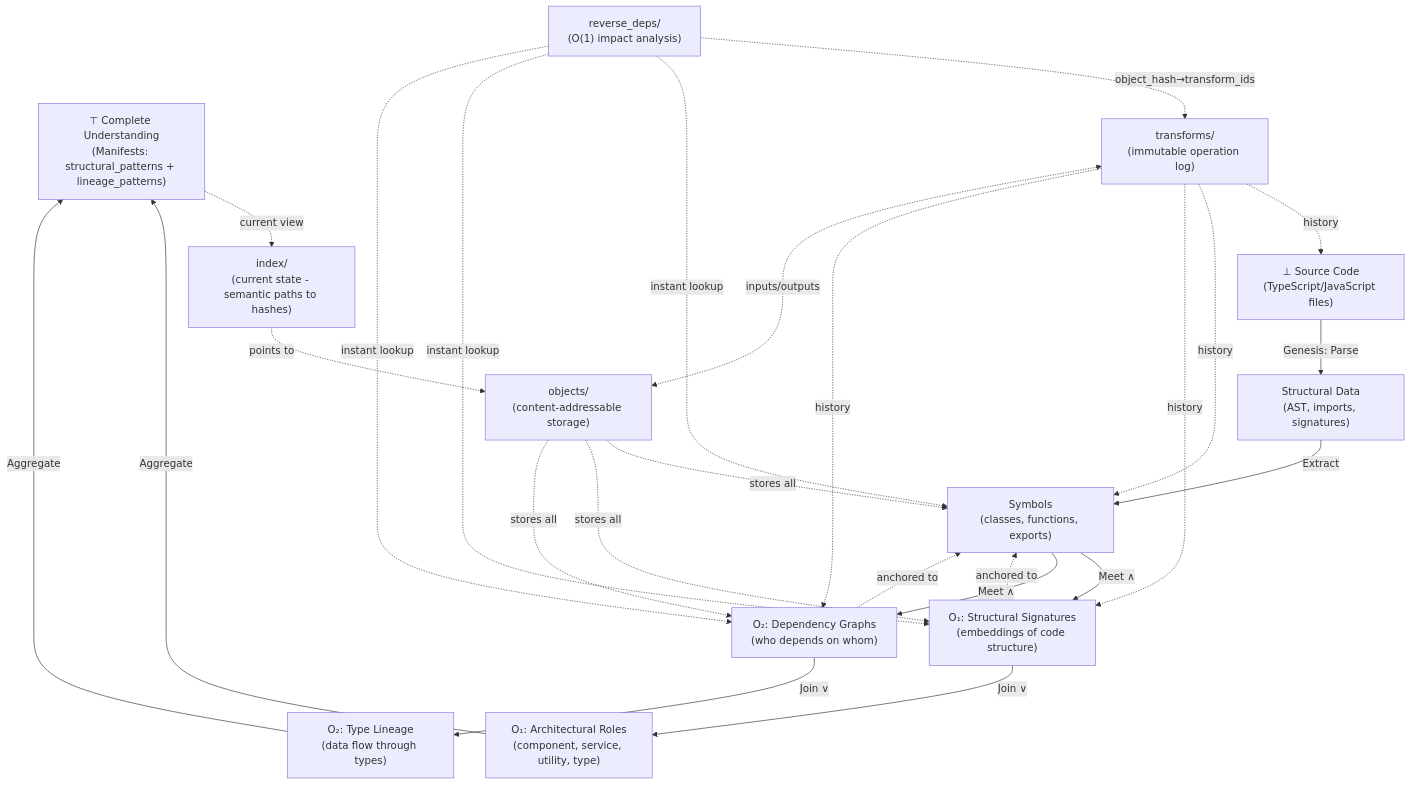
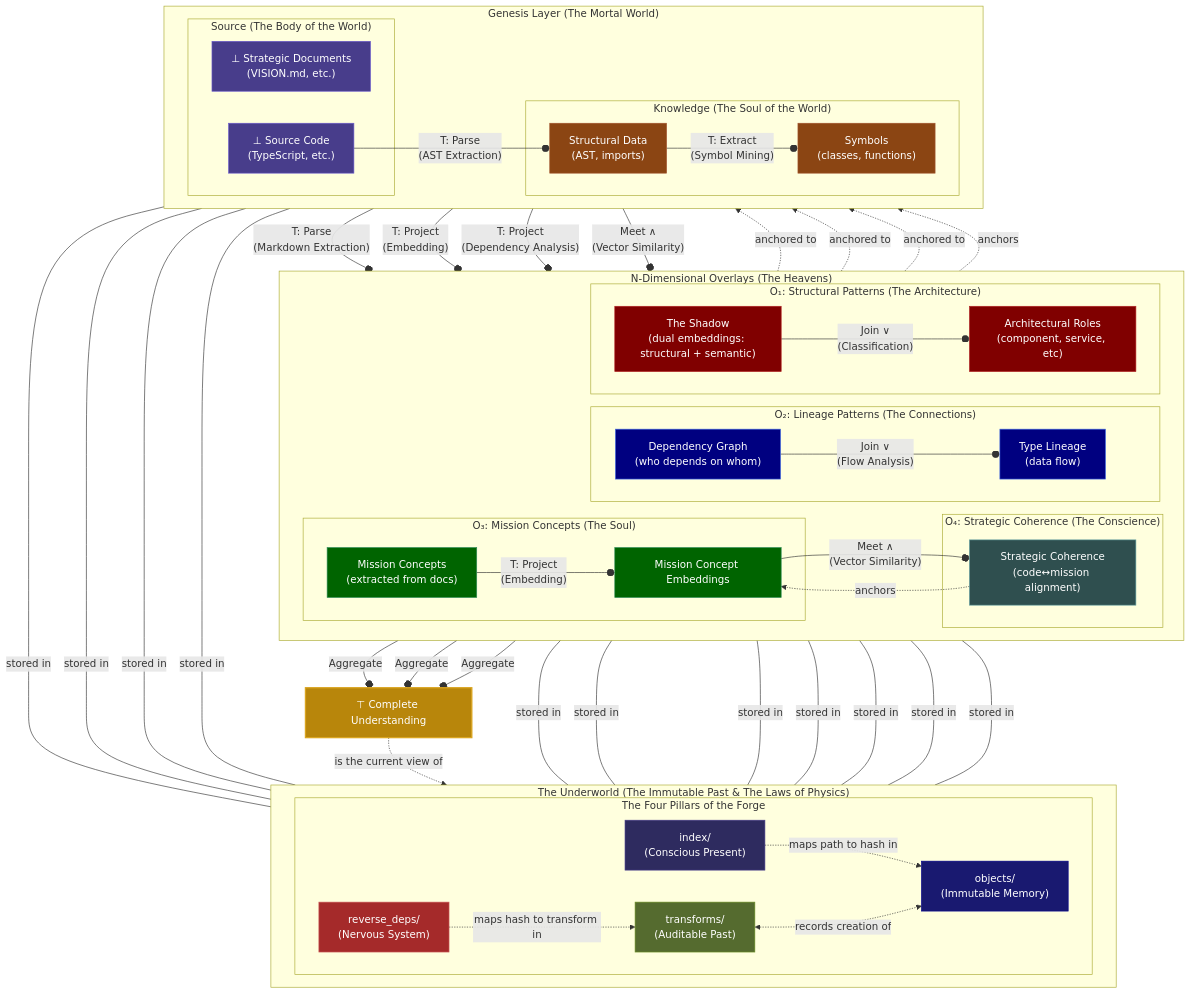
One commit to mirzahusadzic/cogx changed the diagram in DEFENSIVE_PUBLICATION_CLARIFICATION.md. Above: the diagram before and after it, drawn with Mermaid. The commit also changed other lines of this file and 3 other files, not shown here.

First line of the commit message:
docs: update lattice graphs to show The Shadow dual embeddings

````diff
--- a/DEFENSIVE_PUBLICATION_CLARIFICATION.md
+++ b/DEFENSIVE_PUBLICATION_CLARIFICATION.md
@@ -46,67 +46,127 @@
 ```mermaid
 graph TD
-    %% Top of Lattice
-    TOP["⊤ Complete Understanding<br/>(Manifests: structural_patterns + lineage_patterns)"]
+    %% --- THE DIVINE REALMS ---
+    subgraph "N-Dimensional Overlays (The Heavens)"
+        direction LR
+        subgraph "O₄: Strategic Coherence (The Conscience)"
+            SC_SCORES["Strategic Coherence<br/>(code↔mission alignment)"]
+        end
+        subgraph "O₃: Mission Concepts (The Soul)"
+            MC_CONPEP["Mission Concept Embeddings"]
+            MC_CONCEPTS["Mission Concepts<br/>(extracted from docs)"]
+        end
+        subgraph "O₂: Lineage Patterns (The Connections)"
+            LP_TYPE["Type Lineage<br/>(data flow)"]
+            LP_GRAPH["Dependency Graph<br/>(who depends on whom)"]
+        end
+        subgraph "O₁: Structural Patterns (The Architecture)"
+            SP_ROLE["Architectural Roles<br/>(component, service, etc)"]
+            SP_SIG["The Shadow<br/>(dual embeddings: structural + semantic)"]
+        end
+    end
 
-    %% Current State (The Conscious Mind)
-    INDEX["index/<br/>(current state - semantic paths to hashes)"]
+    %% --- THE MORTAL REALM ---
+    subgraph "Genesis Layer (The Mortal World)"
+        direction LR
+        subgraph "Knowledge (The Soul of the World)"
+            SYMBOLS["Symbols<br/>(classes, functions)"]
+            STRUCTURE["Structural Data<br/>(AST, imports)"]
+        end
+        subgraph "Source (The Body of the World)"
+            DOCS["⊥ Strategic Documents<br/>(VISION.md, etc.)"]
+            SOURCE["⊥ Source Code<br/>(TypeScript, etc.)"]
+        end
+    end
 
-    %% Overlay Dimension O₁: Structural Patterns
-    SP_ROLE["O₁: Architectural Roles<br/>(component, service, utility, type)"]
-    SP_SIG["O₁: Structural Signatures<br/>(embeddings of code structure)"]
+    %% --- THE UNDERWORLD & INFRASTRUCTURE ---
+    subgraph "The Underworld (The Immutable Past & The Laws of Physics)"
+        direction LR
+        subgraph "The Four Pillars of the Forge"
+            OBJECTS["objects/<br/>(Immutable Memory)"]
+            TRANSFORMS["transforms/<br/>(Auditable Past)"]
+            INDEX["index/<br/>(Conscious Present)"]
+            REVERSE["reverse_deps/<br/>(Nervous System)"]
+        end
+    end
 
-    %% Overlay Dimension O₂: Lineage Patterns
-    LP_GRAPH["O₂: Dependency Graphs<br/>(who depends on whom)"]
-    LP_TYPE["O₂: Type Lineage<br/>(data flow through types)"]
+    %% --- THE TOP ---
+    TOP["⊤ Complete Understanding"]
 
-    %% Genesis Layer
-    SYMBOLS["Symbols<br/>(classes, functions, exports)"]
-    STRUCTURE["Structural Data<br/>(AST, imports, signatures)"]
-    SOURCE["⊥ Source Code<br/>(TypeScript/JavaScript files)"]
+    %% =============================================
+    %%               THE EDGES (THE STORY OF CREATION)
+    %% =============================================
 
-    %% Content-Addressable Storage
-    OBJECTS["objects/<br/>(content-addressable storage)"]
+    %% --- Vertical Edges (The Genesis - Forging Order from Chaos) ---
+    SOURCE --o|"T: Parse<br/>(AST Extraction)"| STRUCTURE
+    STRUCTURE --o|"T: Extract<br/>(Symbol Mining)"| SYMBOLS
+    DOCS --o|"T: Parse<br/>(Markdown Extraction)"| MC_CONCEPTS
 
-    %% Temporal Dimension
-    TRANSFORMS["transforms/<br/>(immutable operation log)"]
+    %% --- Projection Edges (Creating the First Overlays) ---
+    SYMBOLS --o|"T: Project<br/>(Embedding)"| SP_SIG
+    SYMBOLS --o|"T: Project<br/>(Dependency Analysis)"| LP_GRAPH
+    MC_CONCEPTS --o|"T: Project<br/>(Embedding)"| MC_CONPEP
 
-    %% Reflexive Nervous System
-    REVERSE["reverse_deps/<br/>(O(1) impact analysis)"]
+    %% --- Synthesis Edges (Join ∨ - Building Higher Understanding) ---
+    SP_SIG --o|"Join ∨<br/>(Classification)"| SP_ROLE
+    LP_GRAPH --o|"Join ∨<br/>(Flow Analysis)"| LP_TYPE
+    SYMBOLS --o|"Meet ∧<br/>(Vector Similarity)"| SC_SCORES
+    MC_CONPEP --o|"Meet ∧<br/>(Vector Similarity)"| SC_SCORES
 
-    %% Vertical edges (Join operations - bottom up)
-    SOURCE -->|"Genesis: Parse"| STRUCTURE
-    STRUCTURE -->|"Extract"| SYMBOLS
-    SYMBOLS -->|"Meet ∧"| SP_SIG
-    SYMBOLS -->|"Meet ∧"| LP_GRAPH
-    SP_SIG -->|"Join ∨"| SP_ROLE
-    LP_GRAPH -->|"Join ∨"| LP_TYPE
-    SP_ROLE -->|"Aggregate"| TOP
-    LP_TYPE -->|"Aggregate"| TOP
+    %% --- Final Aggregation (The Ascent to Heaven) ---
+    SP_ROLE --o|"Aggregate"| TOP
+    LP_TYPE --o|"Aggregate"| TOP
+    SC_SCORES --o|"Aggregate"| TOP
 
-    %% Horizontal edges (overlay anchoring)
+    %% --- Horizontal Edges (The Anchoring - Grounding the Heavens) ---
     SP_SIG -.->|"anchored to"| SYMBOLS
     LP_GRAPH -.->|"anchored to"| SYMBOLS
+    MC_CONCEPTS -.->|"anchored to"| DOCS
+    SC_SCORES -.->|"anchors"| SYMBOLS
+    SC_SCORES -.->|"anchors"| MC_CONPEP
 
-    %% State management
-    INDEX -.->|"points to"| OBJECTS
-    TOP -.->|"current view"| INDEX
-    OBJECTS -.->|"stores all"| SYMBOLS
-    OBJECTS -.->|"stores all"| SP_SIG
-    OBJECTS -.->|"stores all"| LP_GRAPH
+    %% --- Infrastructure Edges (The Mechanics of Being) ---
+    INDEX -.->|"maps path to hash in"| OBJECTS
+    TOP -.->|"is the current view of"| INDEX
+    TRANSFORMS <-.->|"records creation of"| OBJECTS
+    REVERSE -.->|"maps hash to transform in"| TRANSFORMS
 
-    %% Temporal edges (historical dimension)
-    TRANSFORMS -.->|"history"| SOURCE
-    TRANSFORMS -.->|"history"| SYMBOLS
-    TRANSFORMS -.->|"history"| SP_SIG
-    TRANSFORMS -.->|"history"| LP_GRAPH
+    %% Storing everything in Objects
+    SOURCE --- |"stored in"| OBJECTS
+    DOCS --- |"stored in"| OBJECTS
+    STRUCTURE --- |"stored in"| OBJECTS
+    SYMBOLS --- |"stored in"| OBJECTS
+    MC_CONCEPTS --- |"stored in"| OBJECTS
+    MC_CONPEP --- |"stored in"| OBJECTS
+    SP_SIG --- |"stored in"| OBJECTS
+    LP_GRAPH --- |"stored in"| OBJECTS
+    SP_ROLE --- |"stored in"| OBJECTS
+    LP_TYPE --- |"stored in"| OBJECTS
+    SC_SCORES --- |"stored in"| OBJECTS
 
-    %% Transform-Object bridge (inputs/outputs reference objects)
-    TRANSFORMS <-.->|"inputs/outputs"| OBJECTS
+    %% --- Styling (The Colors of the Faith) ---
+    %% The Divine Light (Enlightenment, The Goal)
+    style TOP fill:#B8860B,stroke:#DAA520,color:#fff,stroke-width:2px
 
-    %% Reflexive nervous system (Update Function U)
-    %% The Historian: reverse_deps indexes from objects into transforms for O(1) history lookup
-    REVERSE -.->|"object_hash→transform_ids"| TRANSFORMS
-    REVERSE -.->|"instant lookup"| SYMBOLS
-    REVERSE -.->|"instant lookup"| SP_SIG
-    REVERSE -.->|"instant lookup"| LP_GRAPH
+    %% The Source (The Witch, Chaos, Potential)
+    style SOURCE fill:#483D8B,stroke:#6A5ACD,color:#fff
+    style DOCS fill:#483D8B,stroke:#6A5ACD,color:#fff
+
+    %% The Forge's Fire (Creation, The Work)
+    style STRUCTURE fill:#8B4513,stroke:#A0522D,color:#fff
+    style SYMBOLS fill:#8B4513,stroke:#A0522D,color:#fff
+
+    %% The Senses of the Soul (The Overlays)
+    style SP_ROLE fill:#800000,stroke:#B22222,color:#fff
+    style SP_SIG fill:#800000,stroke:#B22222,color:#fff
+    style LP_TYPE fill:#000080,stroke:#4169E1,color:#fff
+    style LP_GRAPH fill:#000080,stroke:#4169E1,color:#fff
+    style MC_CONCEPTS fill:#006400,stroke:#2E8B57,color:#fff
+    style MC_CONPEP fill:#006400,stroke:#2E8B57,color:#fff
+    style SC_SCORES fill:#2F4F4F,stroke:#5F9EA0,color:#fff
+
+    %% The Four Pillars (The Laws of the Universe)
+    style OBJECTS fill:#191970,stroke:#00008B,color:#fff
+    style TRANSFORMS fill:#556B2F,stroke:#6B8E23,color:#fff
+    style INDEX fill:#2E2B5F,stroke:#483D8B,color:#fff
+    style REVERSE fill:#A52A2A,stroke:#CD5C5C,color:#fff
 ```
````
